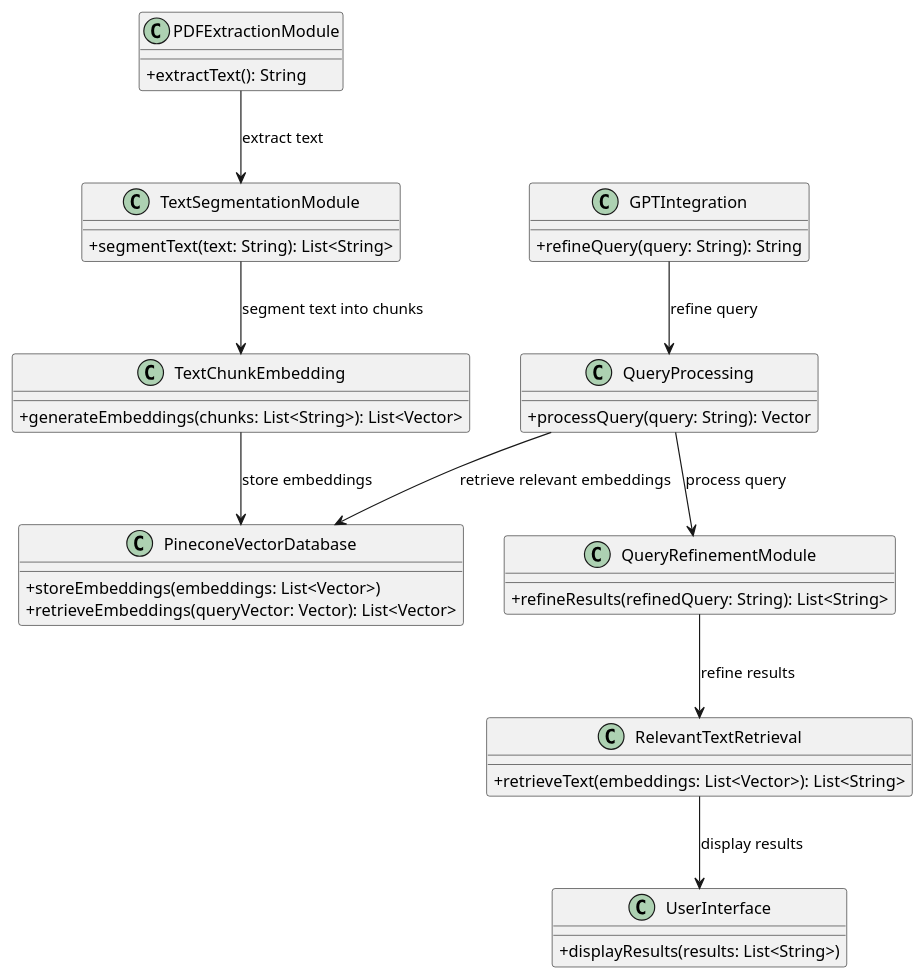
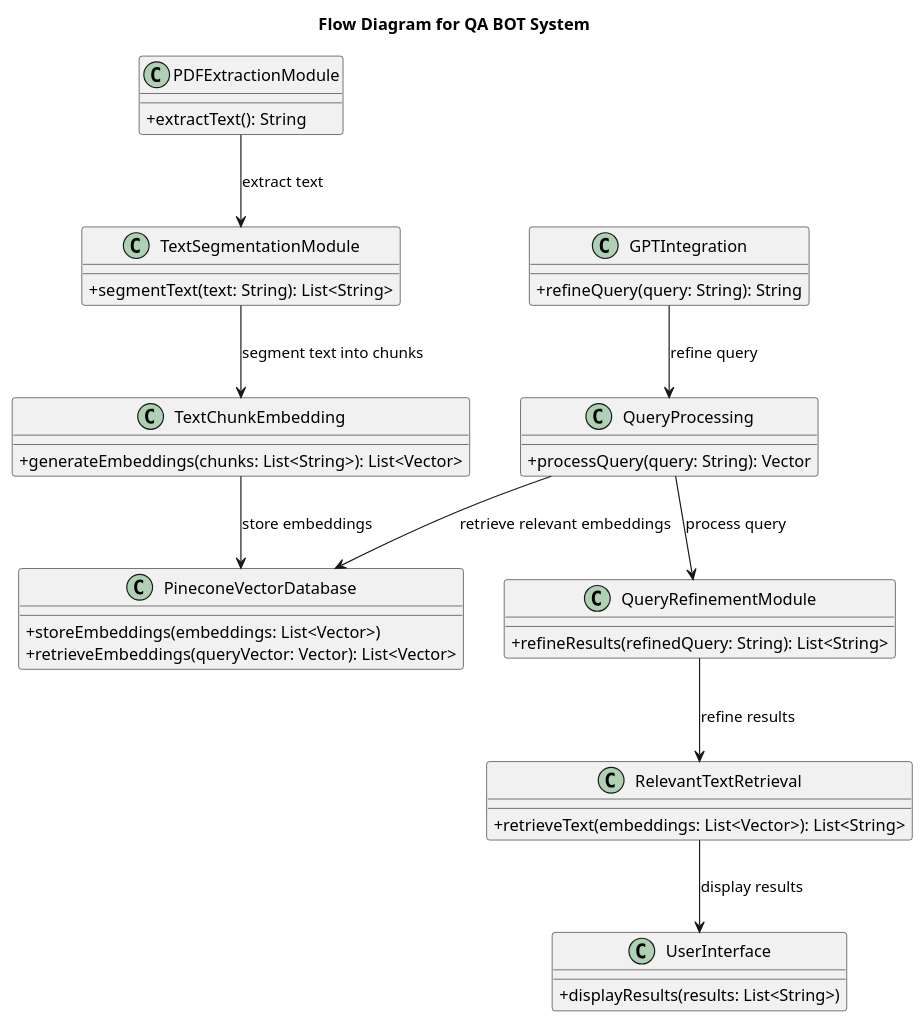
The diagram in assignment/ai_ml/docs/flow.puml (satyamvatstyagi/data-science-practice), drawn with PlantUML before and after one commit. The commit also changed 5 other files, not shown here.

```diff
--- a/assignment/ai_ml/docs/flow.puml
+++ b/assignment/ai_ml/docs/flow.puml
@@ -1,53 +1,55 @@
-@startuml Flow Diagram for QA BOT System
+@startuml FlowDiagram_QA_BOT_System
+
+title Flow Diagram for QA BOT System
 
 skinparam classAttributeIconSize 0
 
 ' Define classes
 class PDFExtractionModule {
   +extractText(): String
 }
 
 class TextSegmentationModule {
   +segmentText(text: String): List<String>
 }
 
 class TextChunkEmbedding {
   +generateEmbeddings(chunks: List<String>): List<Vector>
 }
 
 class PineconeVectorDatabase {
   +storeEmbeddings(embeddings: List<Vector>)
   +retrieveEmbeddings(queryVector: Vector): List<Vector>
 }
 
 class QueryProcessing {
   +processQuery(query: String): Vector
 }
 
 class GPTIntegration {
   +refineQuery(query: String): String
 }
 
 class QueryRefinementModule {
   +refineResults(refinedQuery: String): List<String>
 }
 
 class RelevantTextRetrieval {
   +retrieveText(embeddings: List<Vector>): List<String>
 }
 
 class UserInterface {
   +displayResults(results: List<String>)
 }
 
 ' Define relationships
 PDFExtractionModule --> TextSegmentationModule: extract text
 TextSegmentationModule --> TextChunkEmbedding: segment text into chunks
 TextChunkEmbedding --> PineconeVectorDatabase: store embeddings
 QueryProcessing --> PineconeVectorDatabase: retrieve relevant embeddings
 GPTIntegration --> QueryProcessing: refine query
 QueryProcessing --> QueryRefinementModule: process query
 QueryRefinementModule --> RelevantTextRetrieval: refine results
 RelevantTextRetrieval --> UserInterface: display results
 
 @enduml
```
